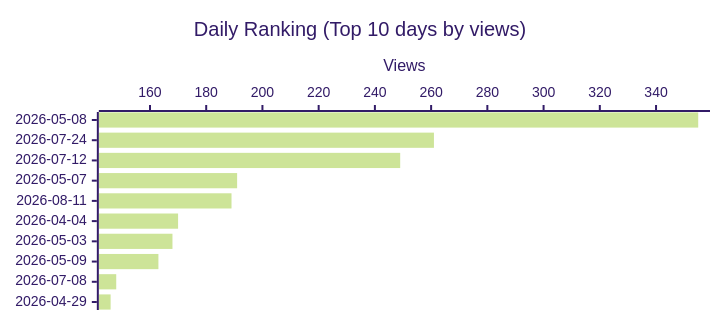
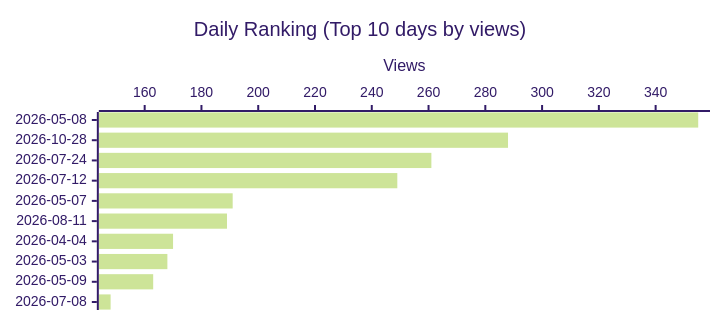
Before and after one commit to shigechika/github-insights: the third of 4 diagrams in README.md, drawn with Mermaid (forest theme). The commit also changed other lines of this file and 1 other file, not shown here.

````diff
--- a/README.md
+++ b/README.md
@@ -43,12 +43,12 @@
 ```mermaid
 ---
 config:
   xyChart:
     height: 300
 ---
 xychart-beta horizontal
     title "Daily Ranking (Top 10 days by views)"
-    x-axis ["2026-05-08", "2026-07-24", "2026-07-12", "2026-05-07", "2026-08-11", "2026-04-04", "2026-05-03", "2026-05-09", "2026-07-08", "2026-04-29"]
+    x-axis ["2026-05-08", "2026-10-28", "2026-07-24", "2026-07-12", "2026-05-07", "2026-08-11", "2026-04-04", "2026-05-03", "2026-05-09", "2026-07-08"]
     y-axis "Views"
-    bar [355, 261, 249, 191, 189, 170, 168, 163, 148, 146]
+    bar [355, 288, 261, 249, 191, 189, 170, 168, 163, 148]
 ```
````
